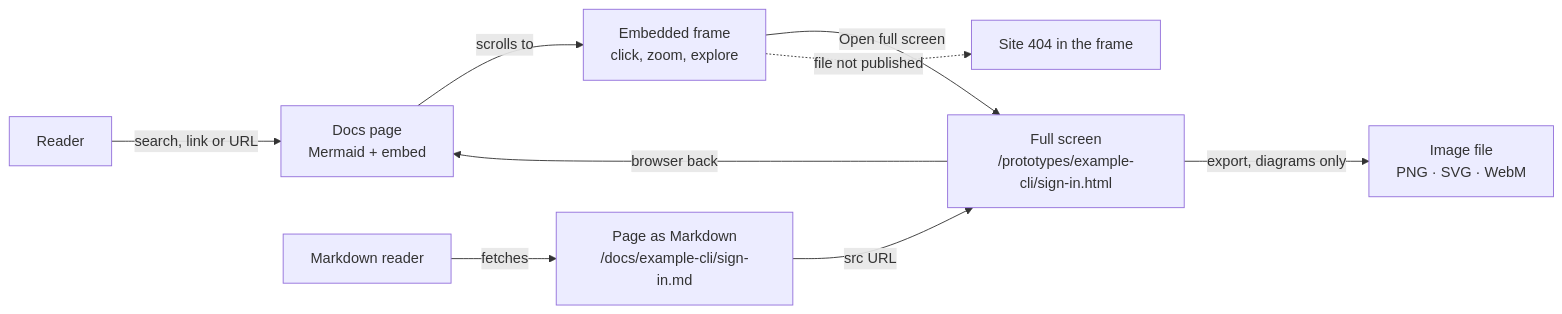
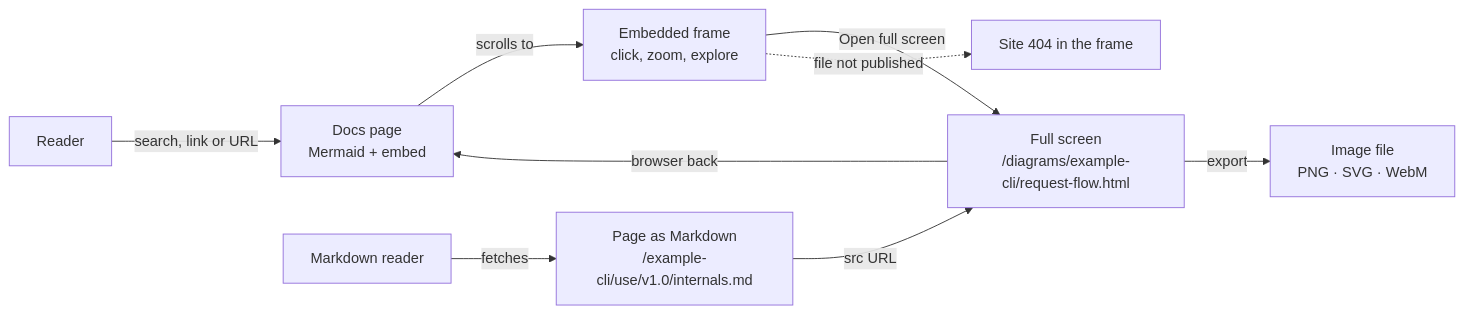
The first of 4 diagrams in content/docs/maintain/app-flow/html-embeds.mdx (nepal-dev-com/docs.nepal-dev.com), drawn with Mermaid before and after one commit. The commit also changed other lines of this file and 35 other files, not shown here.

````diff
--- a/content/docs/maintain/app-flow/html-embeds.mdx
+++ b/content/docs/maintain/app-flow/html-embeds.mdx
@@ -36,11 +35,11 @@
 ```mermaid
 flowchart LR
   R[Reader] -->|search, link or URL| P["Docs page<br/>Mermaid + embed"]
   P -->|scrolls to| F["Embedded frame<br/>click, zoom, explore"]
-  F -->|Open full screen| V["Full screen<br/>/prototypes/example-cli/sign-in.html"]
+  F -->|Open full screen| V["Full screen<br/>/diagrams/example-cli/request-flow.html"]
   V -->|browser back| P
-  V -->|export, diagrams only| E["Image file<br/>PNG · SVG · WebM"]
-  T[Markdown reader] -->|fetches| M["Page as Markdown<br/>/docs/example-cli/sign-in.md"]
+  V -->|export| E["Image file<br/>PNG · SVG · WebM"]
+  T[Markdown reader] -->|fetches| M["Page as Markdown<br/>/example-cli/use/v1.0/internals.md"]
   M -->|src URL| V
   F -.->|file not published| N[Site 404 in the frame]
 ```
````
